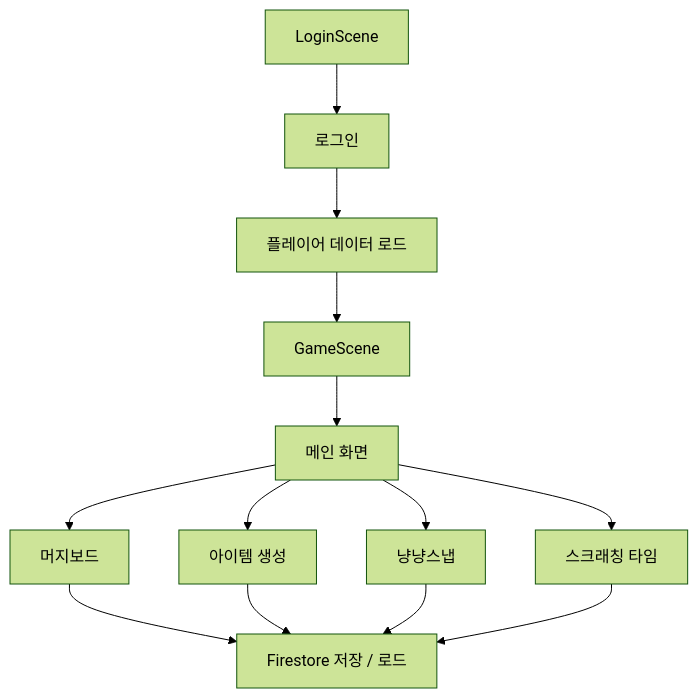
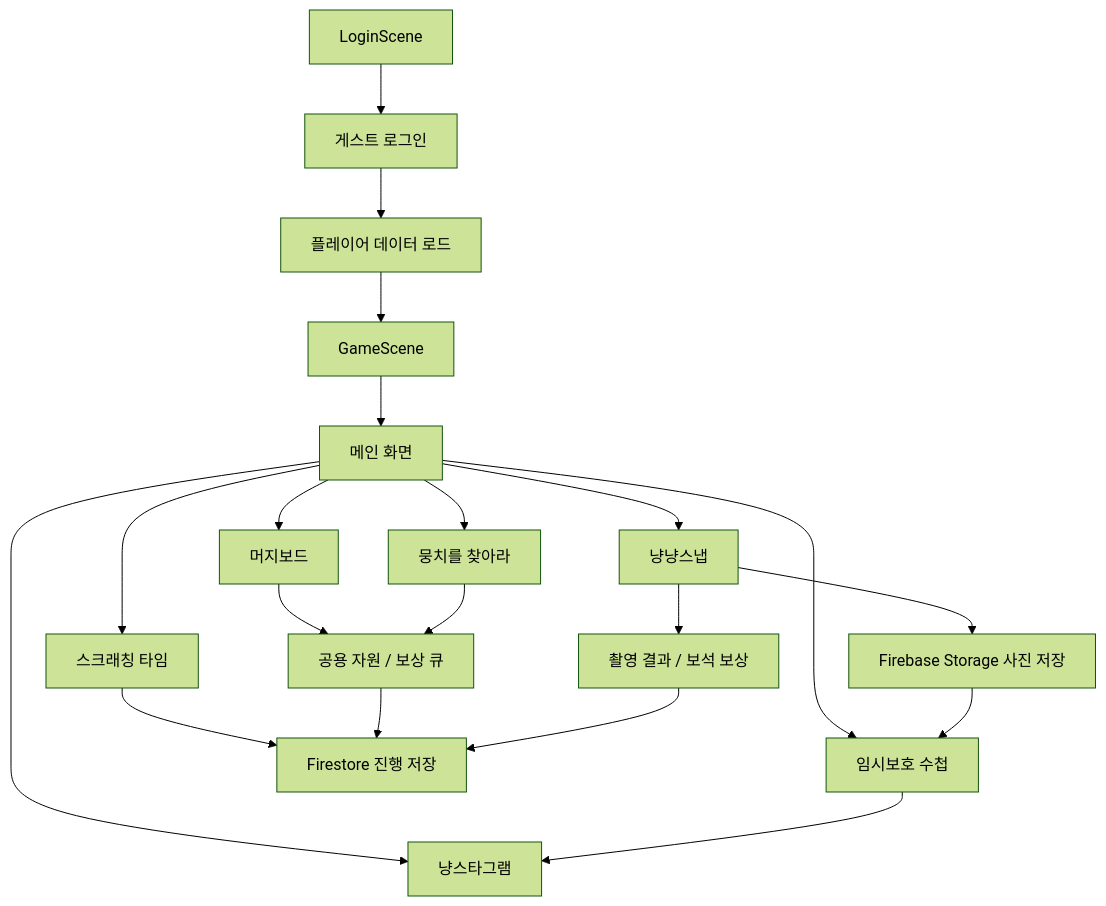
Before and after one commit to Kyungil-smart/2Team_NyangNyangStar: the first of 3 diagrams in README.md, drawn with Mermaid (forest theme). The commit also changed other lines of this file, not shown here.

````diff
--- a/README.md
+++ b/README.md
@@ -117,15 +161,22 @@
 ```mermaid
 flowchart TD
-    A[LoginScene] --> B[로그인]
+    A[LoginScene] --> B[게스트 로그인]
     B --> C[플레이어 데이터 로드]
     C --> D[GameScene]
     D --> E[메인 화면]
     E --> F[머지보드]
-    E --> G[아이템 생성]
-    E --> H[냥냥스냅]
-    E --> I[스크래칭 타임]
-    F --> J[Firestore 저장 / 로드]
-    G --> J
-    H --> J
-    I --> J
+    E --> G[냥냥스냅]
+    E --> H[스크래칭 타임]
+    E --> I[뭉치를 찾아라]
+    E --> J[임시보호 수첩]
+    E --> K[냥스타그램]
+    F --> L[공용 자원 / 보상 큐]
+    G --> M[촬영 결과 / 보석 보상]
+    G --> N[Firebase Storage 사진 저장]
+    N --> J
+    J --> K
+    I --> L
+    H --> O[Firestore 진행 저장]
+    L --> O
+    M --> O
 ```
````
